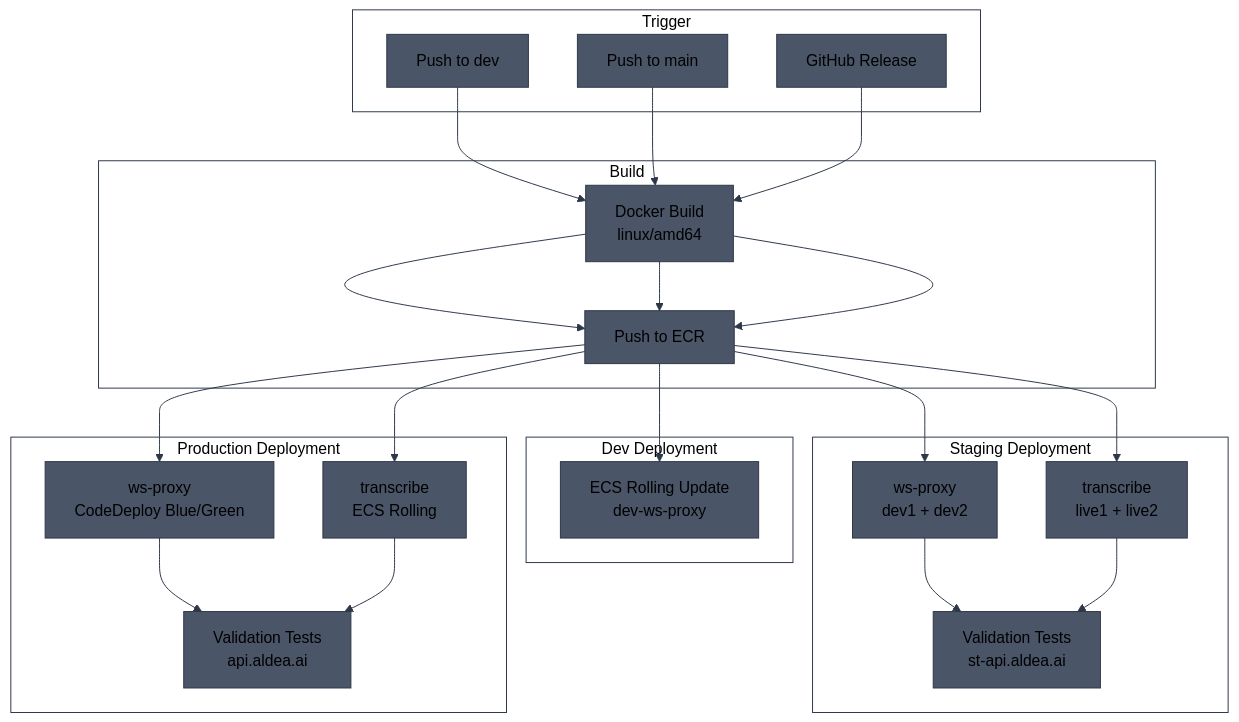
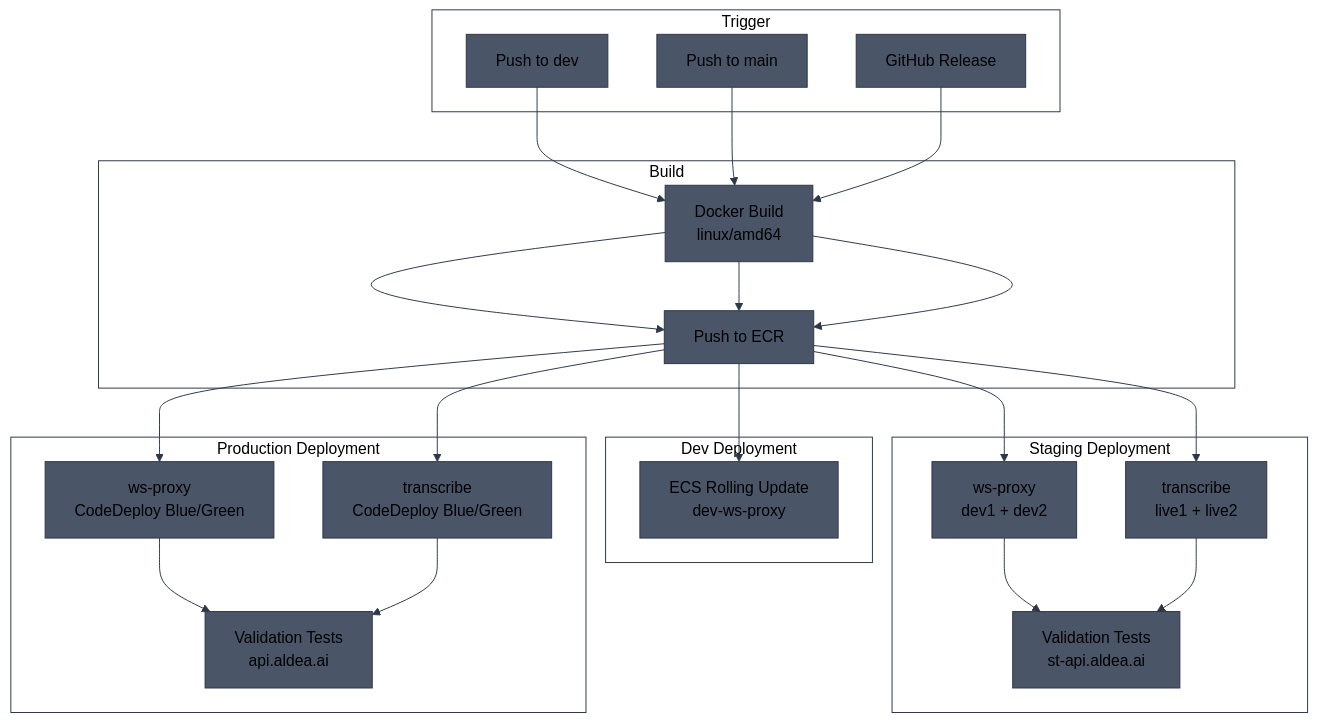
The tenth of 13 diagrams in diagrams/ecs-architecture.md (aldea-ai/infrastructure-docs), drawn with Mermaid before and after one commit. The commit also changed other lines of this file, not shown here.

Commit message:
Fix transcribe service deployment method in summary table
Updated transcribe to show CodeDeploy B/G for production deployment,
matching the diagram and actual deployment configuration.

````diff
--- a/diagrams/ecs-architecture.md
+++ b/diagrams/ecs-architecture.md
@@ -417,34 +417,34 @@
 ```mermaid
 %%{init: {'theme': 'base', 'themeVariables': { 'primaryColor': '#4a5568', 'primaryTextColor': '#000', 'primaryBorderColor': '#2d3748', 'lineColor': '#2d3748', 'secondaryColor': '#5a6577', 'tertiaryColor': '#6b7280', 'clusterBkg': 'transparent', 'clusterBorder': '#2d3748', 'titleColor': '#000'}}}%%
 flowchart TB
     subgraph Triggers["Trigger"]
         DEV_PUSH[Push to dev]
         MAIN_PUSH[Push to main]
         RELEASE[GitHub Release]
     end
 
     subgraph Build["Build"]
         DOCKER[Docker Build<br/>linux/amd64]
         ECR[Push to ECR]
     end
 
     subgraph DevDeploy["Dev Deployment"]
         DEV_ECS[ECS Rolling Update<br/>dev-ws-proxy]
     end
 
     subgraph StagingDeploy["Staging Deployment"]
         STG_WS[ws-proxy<br/>dev1 + dev2]
         STG_HTTP[transcribe<br/>live1 + live2]
         VALIDATE_S[Validation Tests<br/>st-api.aldea.ai]
     end
 
     subgraph ProdDeploy["Production Deployment"]
         PROD_WS[ws-proxy<br/>CodeDeploy Blue/Green]
-        PROD_HTTP[transcribe<br/>ECS Rolling]
+        PROD_HTTP[transcribe<br/>CodeDeploy Blue/Green]
         VALIDATE_P[Validation Tests<br/>api.aldea.ai]
     end
 
     DEV_PUSH --> DOCKER --> ECR --> DEV_ECS
     MAIN_PUSH --> DOCKER --> ECR --> STG_WS & STG_HTTP --> VALIDATE_S
     RELEASE --> DOCKER --> ECR --> PROD_WS & PROD_HTTP --> VALIDATE_P
 ```
````
